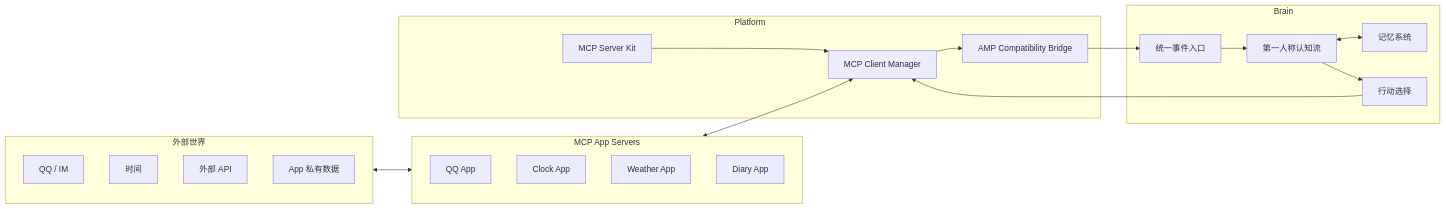
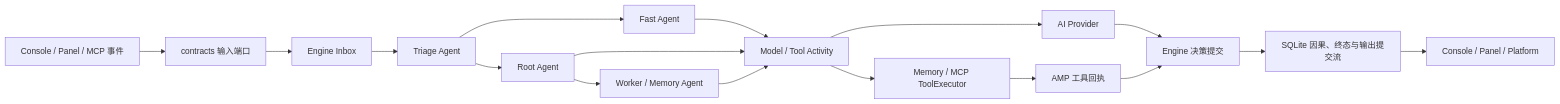
The diagram in start/overview.md (AuroraBot-Dev/docs), drawn with Mermaid before and after one commit. The commit also changed other lines of this file and 44 other files, not shown here.

First line of the commit message:
feat: Add agent extension and AMP event protocol documentation

````diff
--- a/start/overview.md
+++ b/start/overview.md
@@ -33,36 +35,19 @@
 ```mermaid
 flowchart LR
-    subgraph WORLD["外部世界"]
-        QQ["QQ / IM"]
-        CLOCK["时间"]
-        API["外部 API"]
-        FILES["App 私有数据"]
-    end
-
-    subgraph APPS["MCP App Servers"]
-        QQAPP["QQ App"]
-        CLOCKAPP["Clock App"]
-        WEATHER["Weather App"]
-        DIARY["Diary App"]
-    end
-
-    subgraph PLATFORM["Platform"]
-        KIT["MCP Server Kit"]
-        CLIENT["MCP Client Manager"]
-        BRIDGE["AMP Compatibility Bridge"]
-    end
-
-    subgraph BRAIN["Brain"]
-        EVENT["统一事件入口"]
-        SELF["第一人称认知流"]
-        MEMORY["记忆系统"]
-        ACTION["行动选择"]
-    end
-
-    WORLD <--> APPS
-    APPS <--> CLIENT
-    KIT --> CLIENT
-    CLIENT --> BRIDGE --> EVENT
-    EVENT --> SELF <--> MEMORY
-    SELF --> ACTION --> CLIENT
+    Input["Console / Panel / MCP 事件"] --> Port["contracts 输入端口"]
+    Port --> Inbox["Engine Inbox"]
+    Inbox --> Triage["Triage Agent"]
+    Triage --> Fast["Fast Agent"]
+    Triage --> Root["Root Agent"]
+    Root --> Worker["Worker / Memory Agent"]
+    Fast --> Activity["Model / Tool Activity"]
+    Root --> Activity
+    Worker --> Activity
+    Activity --> Provider["AI Provider"]
+    Activity --> Tools["Memory / MCP ToolExecutor"]
+    Provider --> Engine["Engine 决策提交"]
+    Tools --> Receipt["AMP 工具回执"]
+    Receipt --> Engine
+    Engine --> State["SQLite 因果、终态与输出提交流"]
+    State --> Frontend["Console / Panel / Platform"]
 ```
````
